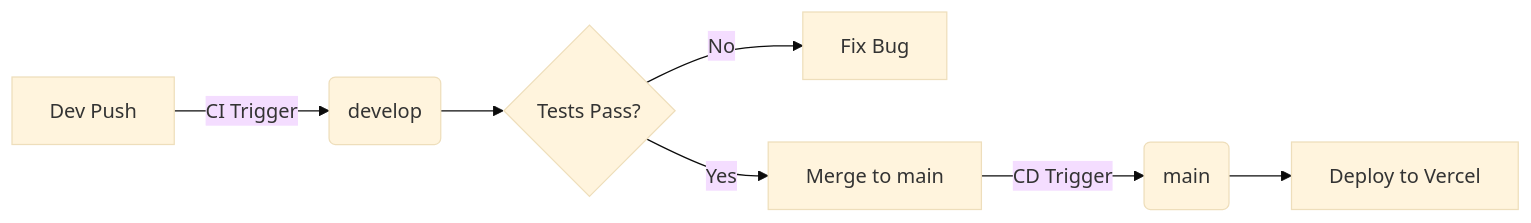
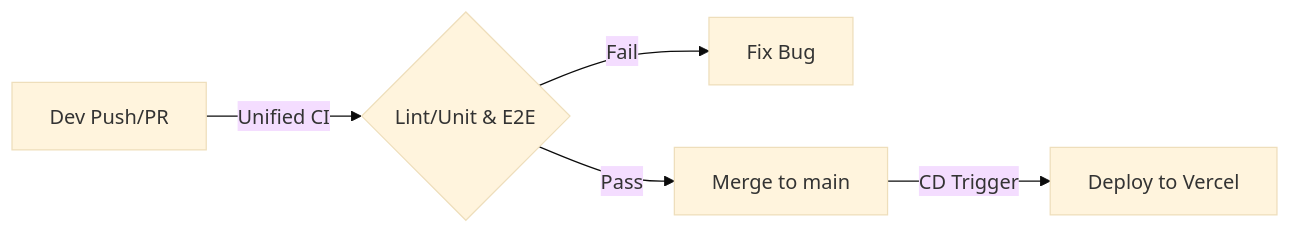
Before and after one commit to TaeGuNi/helloprompt.kr: the diagram in docs/DEVOPS.md, drawn with Mermaid (base theme). The commit also changed other lines of this file, not shown here.

Commit message:
docs: update DEVOPS.md with unified CI and concurrency details

````diff
--- a/docs/DEVOPS.md
+++ b/docs/DEVOPS.md
@@ -24,9 +27,7 @@
 ```mermaid
 graph LR
-    A[Dev Push] -->|CI Trigger| B(develop)
-    B --> C{Tests Pass?}
-    C -- No --> D[Fix Bug]
-    C -- Yes --> E[Merge to main]
-    E -->|CD Trigger| F(main)
-    F --> G[Deploy to Vercel]
+    A[Dev Push/PR] -->|Unified CI| B{Lint/Unit & E2E}
+    B -- Fail --> C[Fix Bug]
+    B -- Pass --> D[Merge to main]
+    D -->|CD Trigger| E[Deploy to Vercel]
 ```
````
